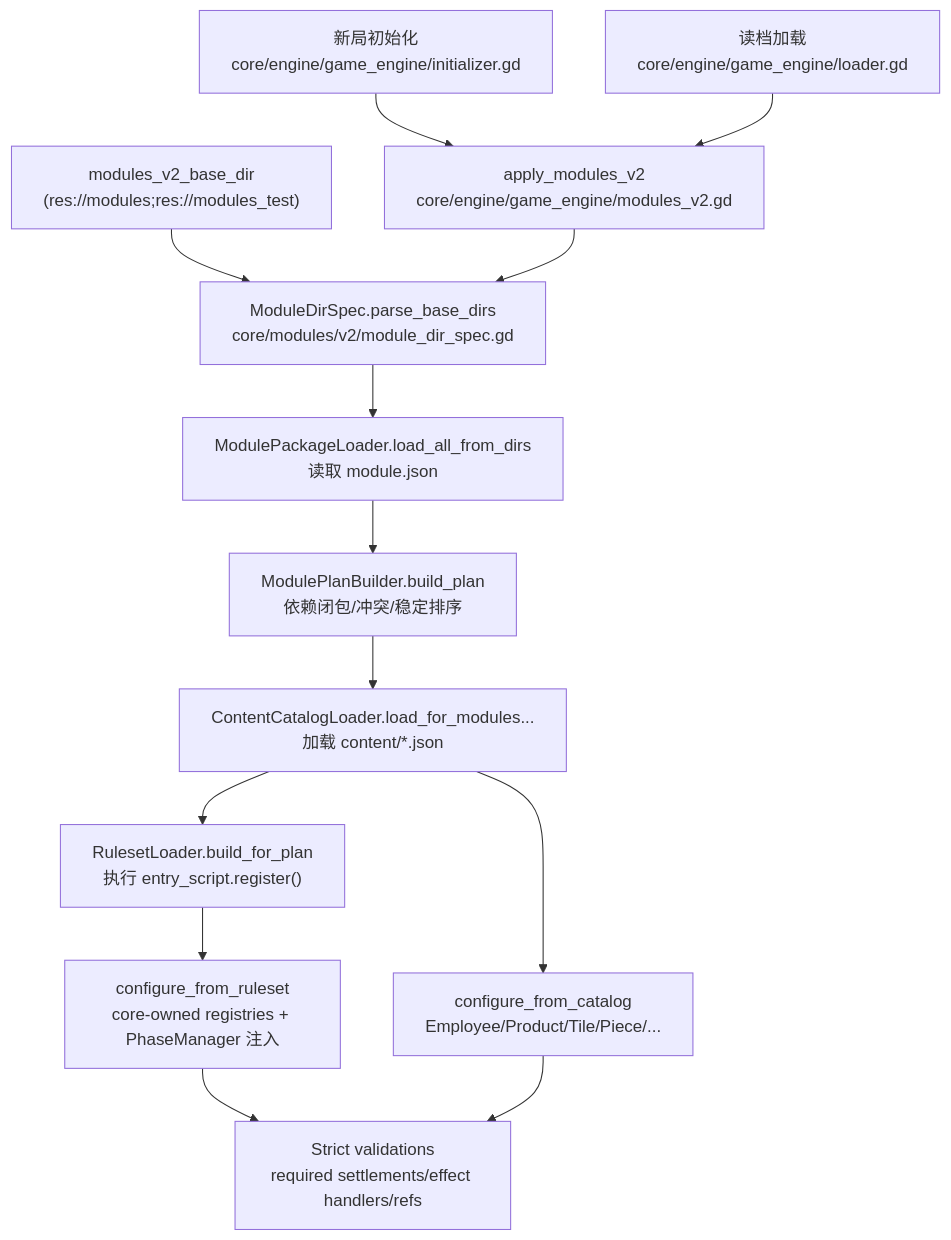
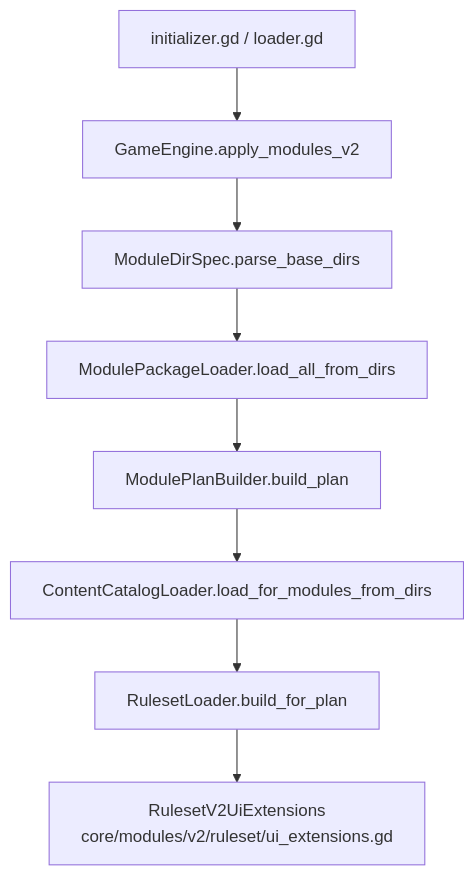
The first of 3 diagrams in docs/architecture/60-modules-v2.md (ygowill/food_chain_magnate), drawn with Mermaid before and after one commit. The commit also changed other lines of this file and 82 other files, not shown here.

Commit message:
docs: reorganize documentation structure and refresh architecture docs

````diff
--- a/docs/architecture/60-modules-v2.md
+++ b/docs/architecture/60-modules-v2.md
@@ -7,26 +7,14 @@
 ```mermaid
 flowchart TB
-  Init["新局初始化<br/>core/engine/game_engine/initializer.gd"]
-  Load["读档加载<br/>core/engine/game_engine/loader.gd"]
-  Apply["apply_modules_v2<br/>core/engine/game_engine/modules_v2.gd"]
+  Init["initializer.gd / loader.gd"]
+  Apply["GameEngine.apply_modules_v2"]
+  DirSpec["ModuleDirSpec.parse_base_dirs"]
+  Pkg["ModulePackageLoader.load_all_from_dirs"]
+  Plan["ModulePlanBuilder.build_plan"]
+  Catalog["ContentCatalogLoader.load_for_modules_from_dirs"]
+  Ruleset["RulesetLoader.build_for_plan"]
+  UiExt["RulesetV2UiExtensions\ncore/modules/v2/ruleset/ui_extensions.gd"]
 
-  BaseDir["modules_v2_base_dir<br/>(res://modules;res://modules_test)"]
-  DirSpec["ModuleDirSpec.parse_base_dirs<br/>core/modules/v2/module_dir_spec.gd"]
-  Pkg["ModulePackageLoader.load_all_from_dirs<br/>读取 module.json"]
-  Plan["ModulePlanBuilder.build_plan<br/>依赖闭包/冲突/稳定排序"]
-  Catalog["ContentCatalogLoader.load_for_modules...<br/>加载 content/*.json"]
-  Ruleset["RulesetLoader.build_for_plan<br/>执行 entry_script.register()"]
-
-  ConfigureRules["configure_from_ruleset<br/>core-owned registries + PhaseManager 注入"]
-  ConfigureCatalog["configure_from_catalog<br/>Employee/Product/Tile/Piece/..."]
-  Strict["Strict validations<br/>required settlements/effect handlers/refs"]
-
-  Init --> Apply
-  Load --> Apply
-
-  BaseDir --> DirSpec
-  Apply --> DirSpec --> Pkg --> Plan --> Catalog --> Ruleset
-
-  Ruleset --> ConfigureRules --> Strict
-  Catalog --> ConfigureCatalog --> Strict
+  Init --> Apply --> DirSpec --> Pkg --> Plan --> Catalog --> Ruleset
+  Ruleset --> UiExt
 ```
````
